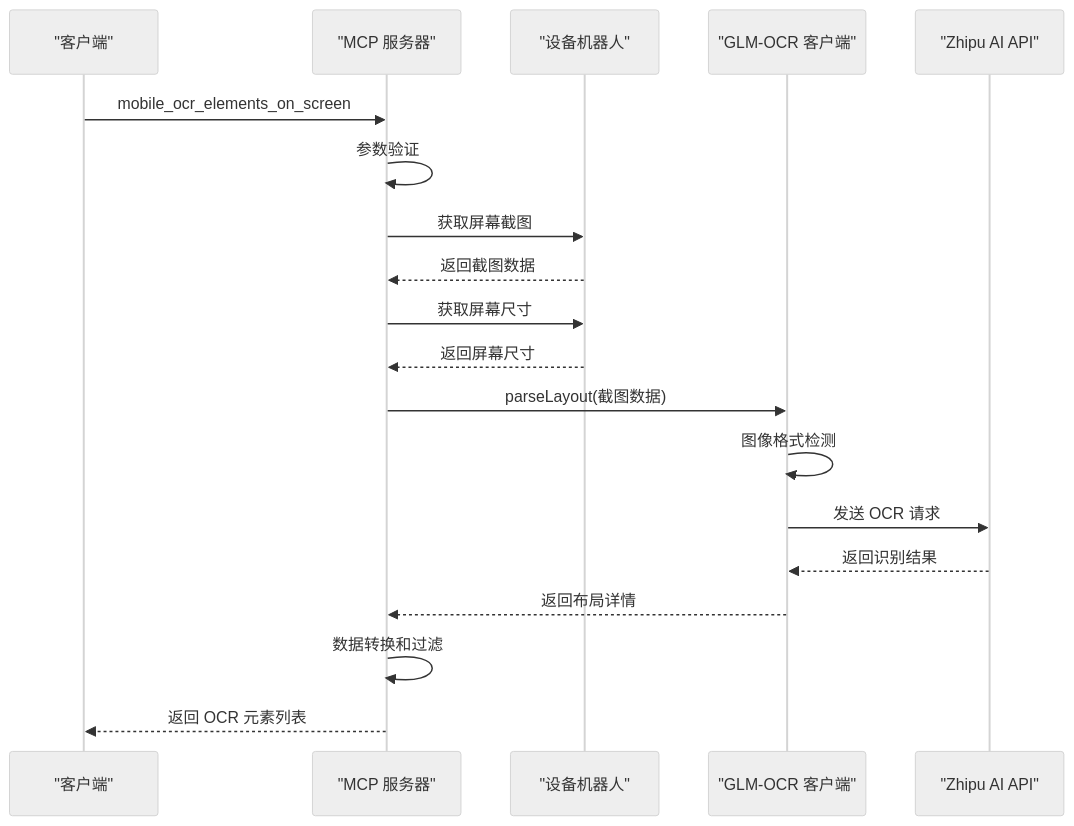
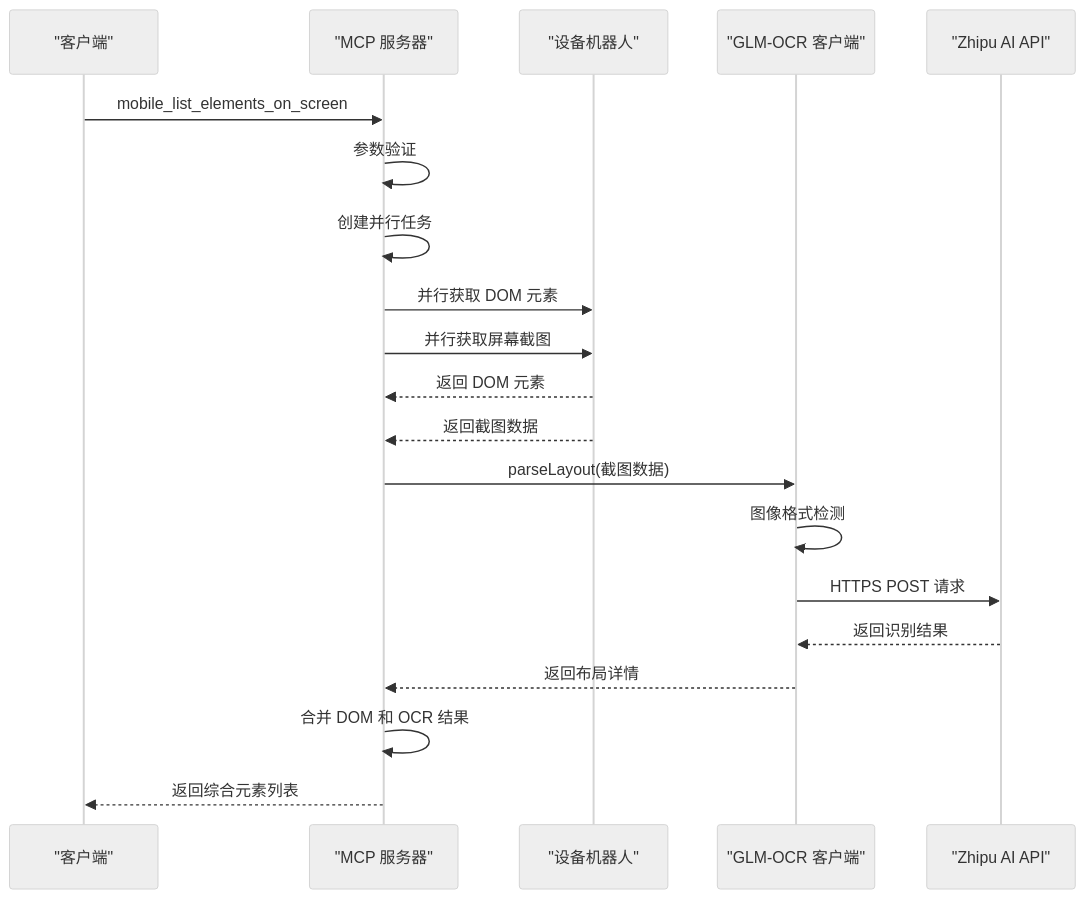
One commit to zedomi/mobile-mcp-hmos changed the fifth of 11 diagrams in .qoder/repowiki/zh/content/MCP 工具参考/屏幕交互工具/GLM-OCR 集成.md. Above: the diagram before and after it, drawn with Mermaid (neutral theme). The commit also changed other lines of this file and 3 other files, not shown here.

````diff
--- a/.qoder/repowiki/zh/content/MCP 工具参考/屏幕交互工具/GLM-OCR 集成.md
+++ b/.qoder/repowiki/zh/content/MCP 工具参考/屏幕交互工具/GLM-OCR 集成.md
@@ -217,21 +235,22 @@
 ```mermaid
 sequenceDiagram
 participant Client as "客户端"
 participant Server as "MCP 服务器"
 participant Device as "设备机器人"
 participant OCR as "GLM-OCR 客户端"
 participant API as "Zhipu AI API"
-Client->>Server : mobile_ocr_elements_on_screen
+Client->>Server : mobile_list_elements_on_screen
 Server->>Server : 参数验证
-Server->>Device : 获取屏幕截图
+Server->>Server : 创建并行任务
+Server->>Device : 并行获取 DOM 元素
+Server->>Device : 并行获取屏幕截图
+Device-->>Server : 返回 DOM 元素
 Device-->>Server : 返回截图数据
-Server->>Device : 获取屏幕尺寸
-Device-->>Server : 返回屏幕尺寸
 Server->>OCR : parseLayout(截图数据)
 OCR->>OCR : 图像格式检测
-OCR->>API : 发送 OCR 请求
+OCR->>API : HTTPS POST 请求
 API-->>OCR : 返回识别结果
 OCR-->>Server : 返回布局详情
-Server->>Server : 数据转换和过滤
-Server-->>Client : 返回 OCR 元素列表
+Server->>Server : 合并 DOM 和 OCR 结果
+Server-->>Client : 返回综合元素列表
 ```
````
